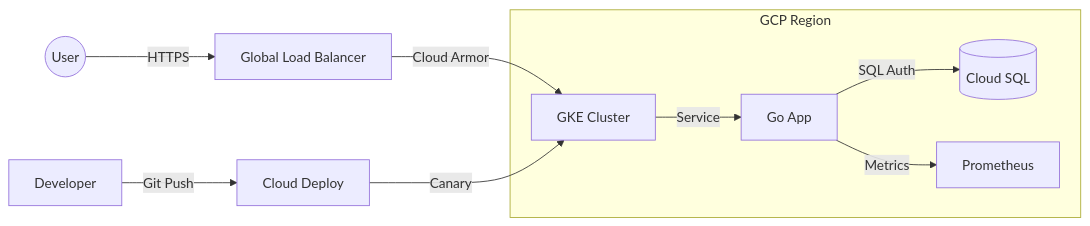
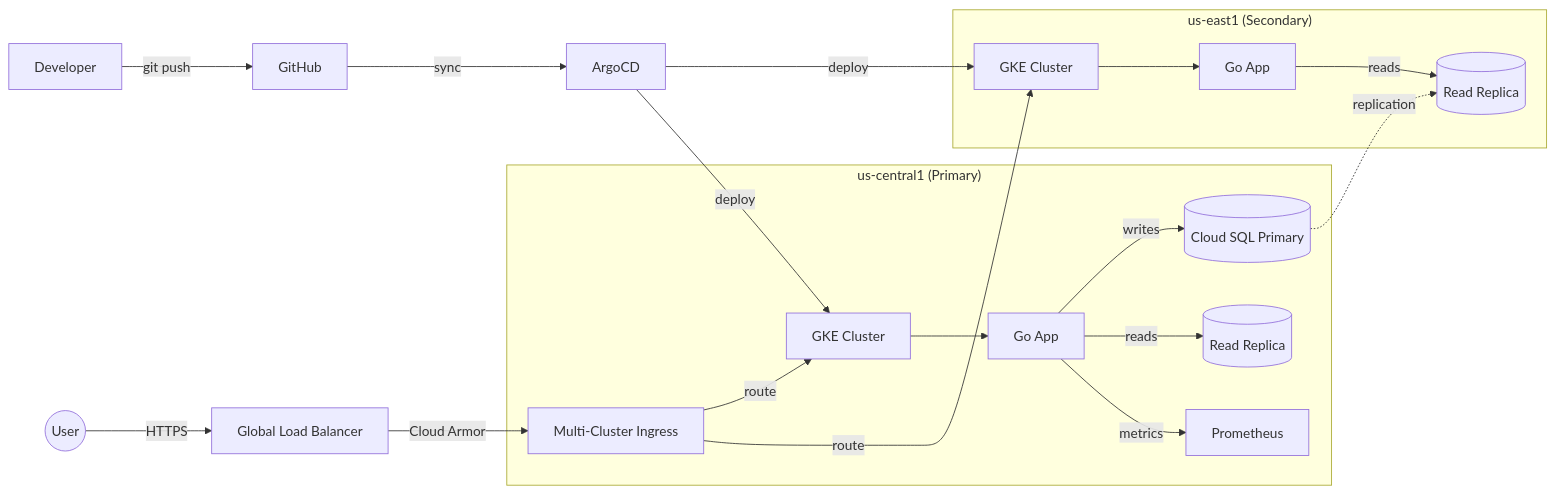
Before and after one commit to stevemcghee/go-to-production: the first of 2 diagrams in README.md, drawn with Mermaid. The commit also changed other lines of this file, not shown here.

````diff
--- a/README.md
+++ b/README.md
@@ -43,12 +63,26 @@
 ```mermaid
 graph LR
     User((User)) -->|HTTPS| GLB[Global Load Balancer]
-    GLB -->|Cloud Armor| GKE[GKE Cluster]
-    subgraph "GCP Region"
-        GKE -->|Service| App[Go App]
-        App -->|SQL Auth| DB[(Cloud SQL)]
-        App -->|Metrics| Prom[Prometheus]
+    GLB -->|Cloud Armor| MCI[Multi-Cluster Ingress]
+
+    subgraph "us-central1 (Primary)"
+        MCI -->|route| GKE1[GKE Cluster]
+        GKE1 --> App1[Go App]
+        App1 -->|writes| DB1[(Cloud SQL Primary)]
+        App1 -->|reads| DBR1[(Read Replica)]
+        App1 -->|metrics| Prom1[Prometheus]
     end
-    Dev[Developer] -->|Git Push| CD[Cloud Deploy]
-    CD -->|Canary| GKE
+
+    subgraph "us-east1 (Secondary)"
+        MCI -->|route| GKE2[GKE Cluster]
+        GKE2 --> App2[Go App]
+        App2 -->|reads| DBR2[(Read Replica)]
+    end
+
+    DB1 -.->|replication| DBR2
+
+    Dev[Developer] -->|git push| Git[GitHub]
+    Git -->|sync| Argo[ArgoCD]
+    Argo -->|deploy| GKE1
+    Argo -->|deploy| GKE2
 ```
````
